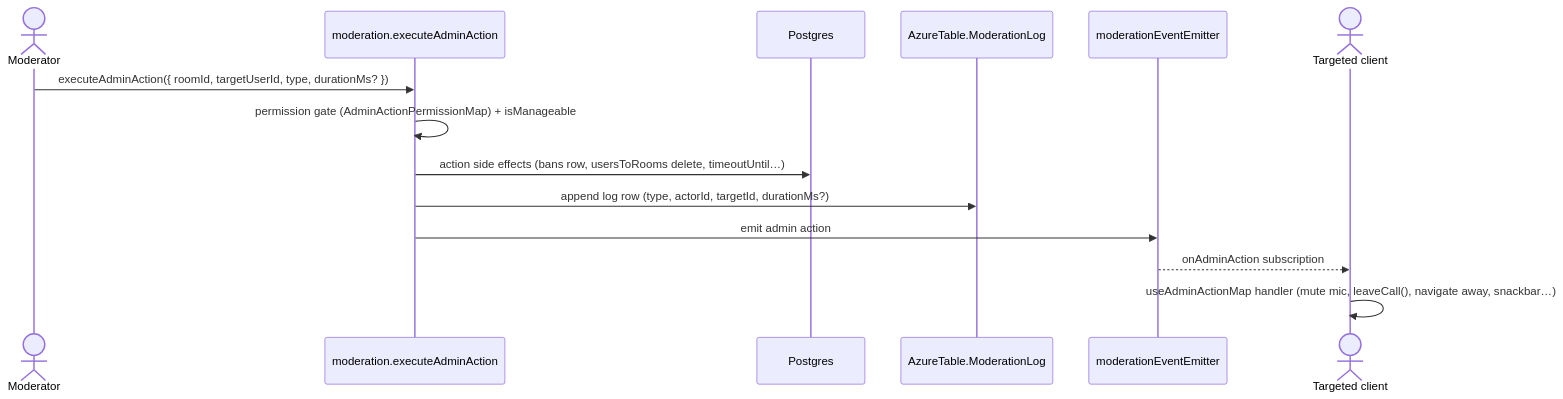
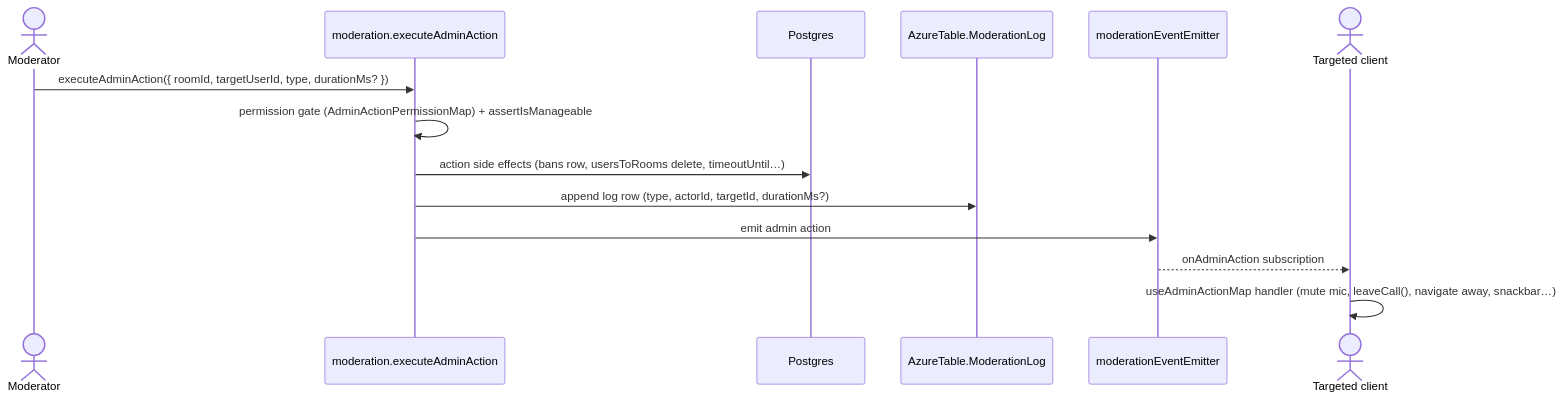
One commit to Esposter/Esposter changed the diagram in openspec/specs/esbabbler/moderation/design.md. Above: the diagram before and after it, drawn with Mermaid. The commit also changed other lines of this file, not shown here.

First paragraph of the commit message:
docs(esbabbler): the moderation design names the gate it calls, assertIsManageable
The hierarchy check is the assertIsManageable service that executeAdminAction calls. The design named it by isManageable, the local flag that service binds the check to.

````diff
--- a/openspec/specs/esbabbler/moderation/design.md
+++ b/openspec/specs/esbabbler/moderation/design.md
@@ -9,17 +9,17 @@
 ```mermaid
 sequenceDiagram
     actor Mod as Moderator
     participant R as moderation.executeAdminAction
     participant PG as Postgres
     participant AT as AzureTable.ModerationLog
     participant E as moderationEventEmitter
     actor T as Targeted client
 
     Mod->>R: executeAdminAction({ roomId, targetUserId, type, durationMs? })
-    R->>R: permission gate (AdminActionPermissionMap) + isManageable
+    R->>R: permission gate (AdminActionPermissionMap) + assertIsManageable
     R->>PG: action side effects (bans row, usersToRooms delete, timeoutUntil…)
     R->>AT: append log row (type, actorId, targetId, durationMs?)
     R->>E: emit admin action
     E-->>T: onAdminAction subscription
     T->>T: useAdminActionMap handler (mute mic, leaveCall(), navigate away, snackbar…)
 ```
````
